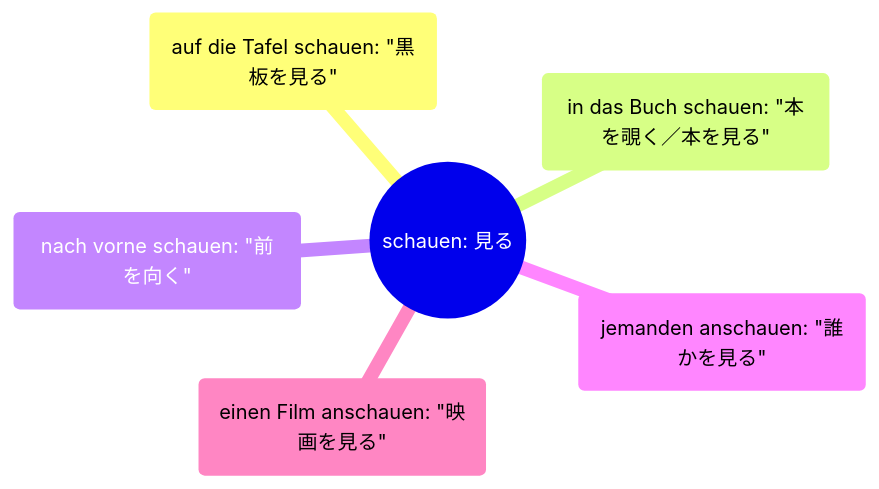
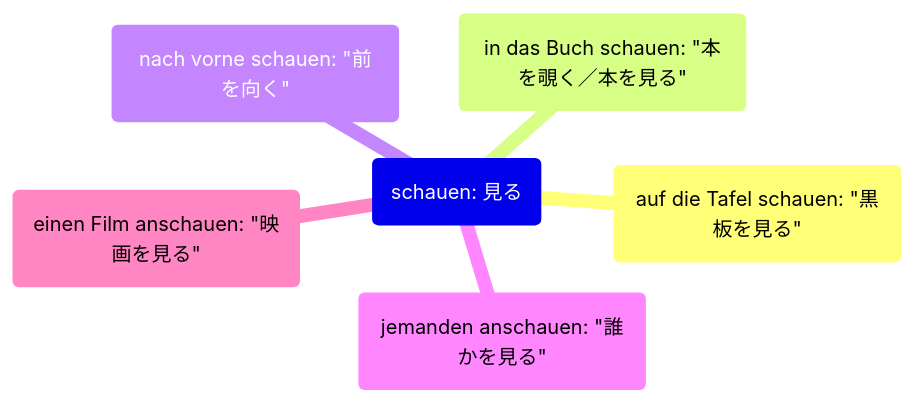
The diagram in Dutesch/Verb/schauen.md (hyonsoku/mindmap), drawn with Mermaid before and after one commit.

Commit message:
Update root

````diff
--- a/Dutesch/Verb/schauen.md
+++ b/Dutesch/Verb/schauen.md
@@ -3,9 +3,9 @@
 ```mermaid
 mindmap
-    root((schauen: 見る))
+    root(schauen: 見る)
         (auf die Tafel schauen: "黒板を見る")
         (in das Buch schauen: "本を覗く／本を見る")
         (nach vorne schauen: "前を向く")
         (jemanden anschauen: "誰かを見る")
         (einen Film anschauen: "映画を見る")
 ```
````
